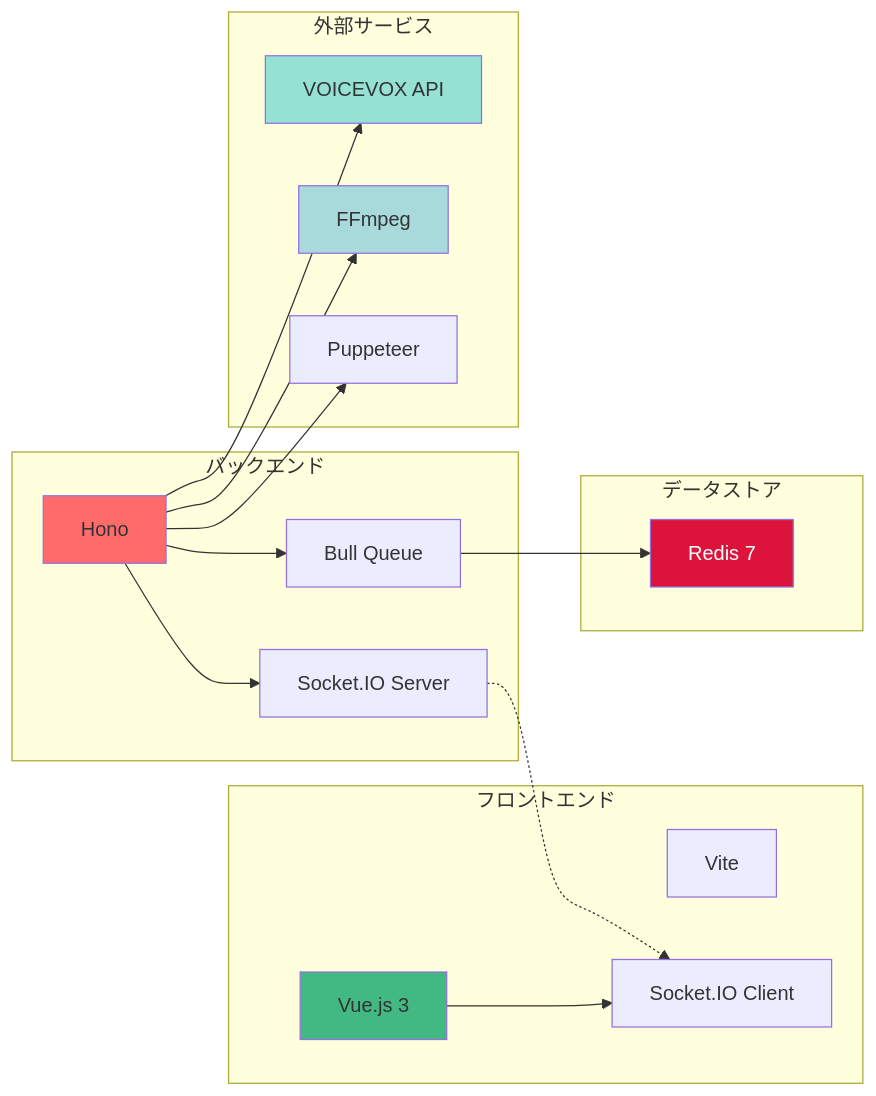
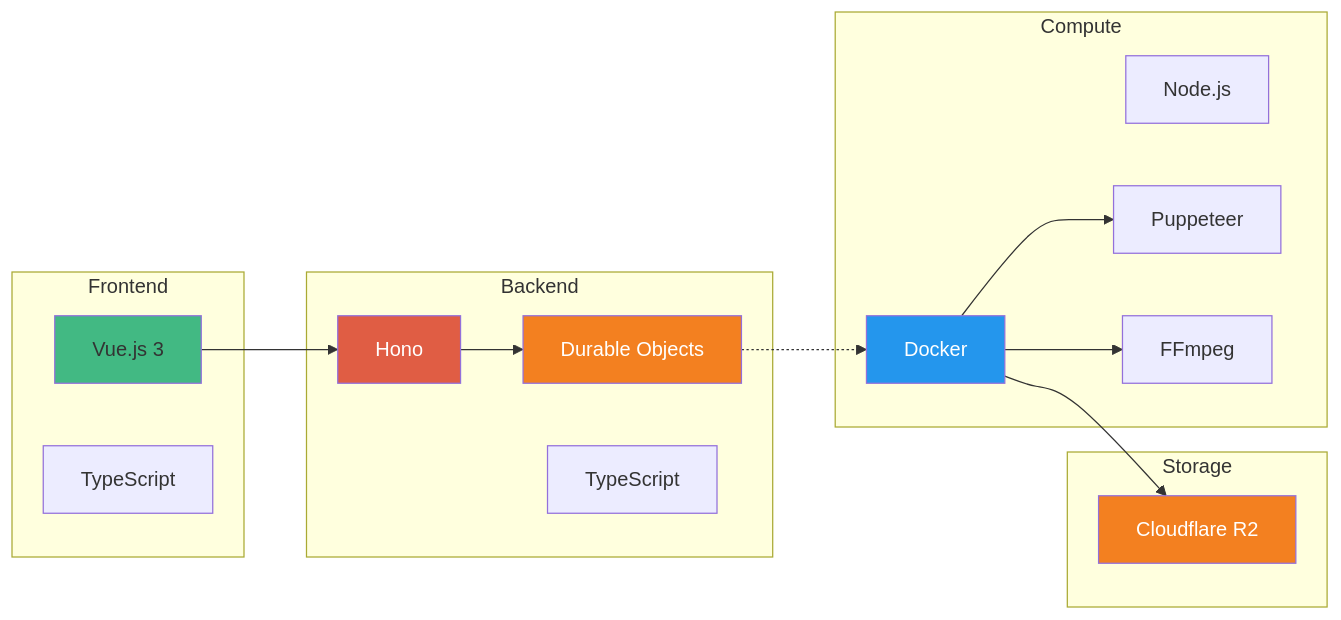
One commit to oharato/presentation_maker changed the third of 3 diagrams in docs/ARCHITECTURE.md. Above: the diagram before and after it, drawn with Mermaid. The commit also changed other lines of this file and 11 other files, not shown here.

````diff
--- a/docs/ARCHITECTURE.md
+++ b/docs/ARCHITECTURE.md
@@ -175,39 +127,37 @@
 ```mermaid
 graph LR
-    subgraph Frontend["フロントエンド"]
+    subgraph Frontend
         Vue["Vue.js 3"]
-        Vite["Vite"]
-        SocketClient["Socket.IO Client"]
+        TS_Front["TypeScript"]
     end
 
-    subgraph Backend["バックエンド"]
+    subgraph Backend
         Hono["Hono"]
-        SocketServer["Socket.IO Server"]
-        Bull["Bull Queue"]
+        DO["Durable Objects"]
+        TS_Back["TypeScript"]
     end
 
-    subgraph Data["データストア"]
-        Redis["Redis 7"]
+    subgraph Compute
+        Docker["Docker"]
+        Node["Node.js"]
+        Puppeteer["Puppeteer"]
+        FFmpeg["FFmpeg"]
     end
 
-    subgraph External["外部サービス"]
-        VOICEVOX["VOICEVOX API"]
-        FFmpeg["FFmpeg"]
-        Puppeteer["Puppeteer"]
+    subgraph Storage
+        R2["Cloudflare R2"]
     end
 
-    Vue --> SocketClient
-    Hono --> SocketServer
-    Hono --> Bull
-    Bull --> Redis
-    SocketServer -.-> SocketClient
-    Hono --> VOICEVOX
-    Hono --> FFmpeg
-    Hono --> Puppeteer
+    Vue --> Hono
+    Hono --> DO
+    DO -.-> Docker
+    Docker --> Puppeteer
+    Docker --> FFmpeg
+    Docker --> R2
 
     style Vue fill:#42b983
-    style Hono fill:#ff6b6b
-    style Redis fill:#dc143c,color:#fff
-    style VOICEVOX fill:#95e1d3
-    style FFmpeg fill:#a8dadc
+    style Hono fill:#E05D44,color:#fff
+    style DO fill:#F38020,color:#fff
+    style Docker fill:#2496ED,color:#fff
+    style R2 fill:#F38020,color:#fff
 ```
````
